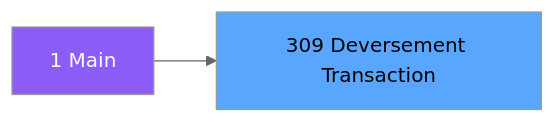
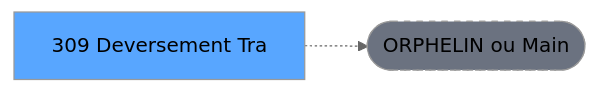
The second of 3 diagrams in .openspec/renders/ADH-IDE-309.md (thonyAGP/lecteur-magic), drawn with Mermaid (neutral theme) before and after one commit. The commit also changed other lines of this file and 701 other files, not shown here.

````diff
--- a/.openspec/renders/ADH-IDE-309.md
+++ b/.openspec/renders/ADH-IDE-309.md
@@ -140,8 +131,8 @@
 ```mermaid
 graph LR
-    M[1 Main]
-    T[309 Deversement Transaction]
-    M --> T
-    style M fill:#8b5cf6,color:#fff
+    T[309 Deversement Tra]
+    ORPHAN([ORPHELIN ou Main])
+    T -.-> ORPHAN
     style T fill:#58a6ff,color:#000
+    style ORPHAN fill:#6b7280,stroke-dasharray: 5 5
 ```
````
